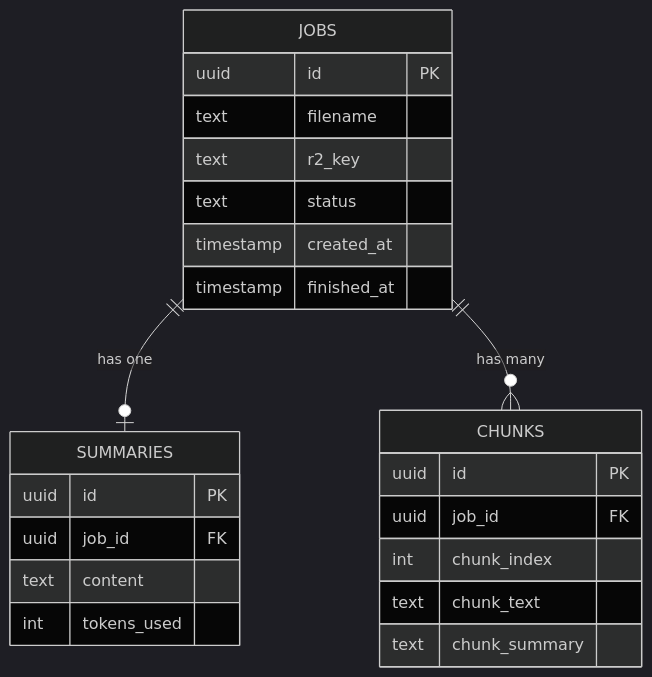
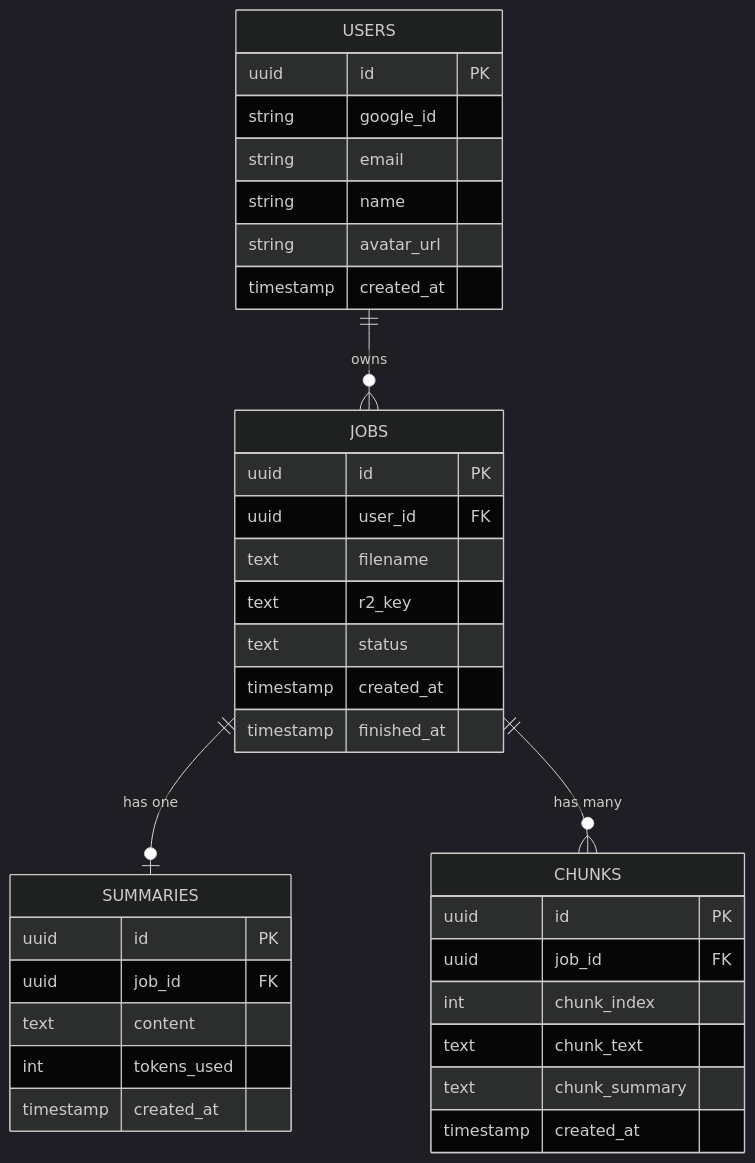
Before and after one commit to Iconic-Aman/Mistral-Pdf-Summarizer: the second of 3 diagrams in design.md, drawn with Mermaid (dark theme). The commit also changed other lines of this file and 8 other files, not shown here.

````diff
--- a/design.md
+++ b/design.md
@@ -243,26 +295,38 @@
 ```mermaid
 erDiagram
+    USERS {
+        uuid id PK
+        string google_id
+        string email
+        string name
+        string avatar_url
+        timestamp created_at
+    }
     JOBS {
         uuid id PK
+        uuid user_id FK
         text filename
         text r2_key
         text status
         timestamp created_at
         timestamp finished_at
     }
     SUMMARIES {
         uuid id PK
         uuid job_id FK
         text content
         int tokens_used
+        timestamp created_at
     }
     CHUNKS {
         uuid id PK
         uuid job_id FK
         int chunk_index
         text chunk_text
         text chunk_summary
+        timestamp created_at
     }
+    USERS ||--o{ JOBS : "owns"
     JOBS ||--o| SUMMARIES : "has one"
     JOBS ||--o{ CHUNKS : "has many"
 ```
````
